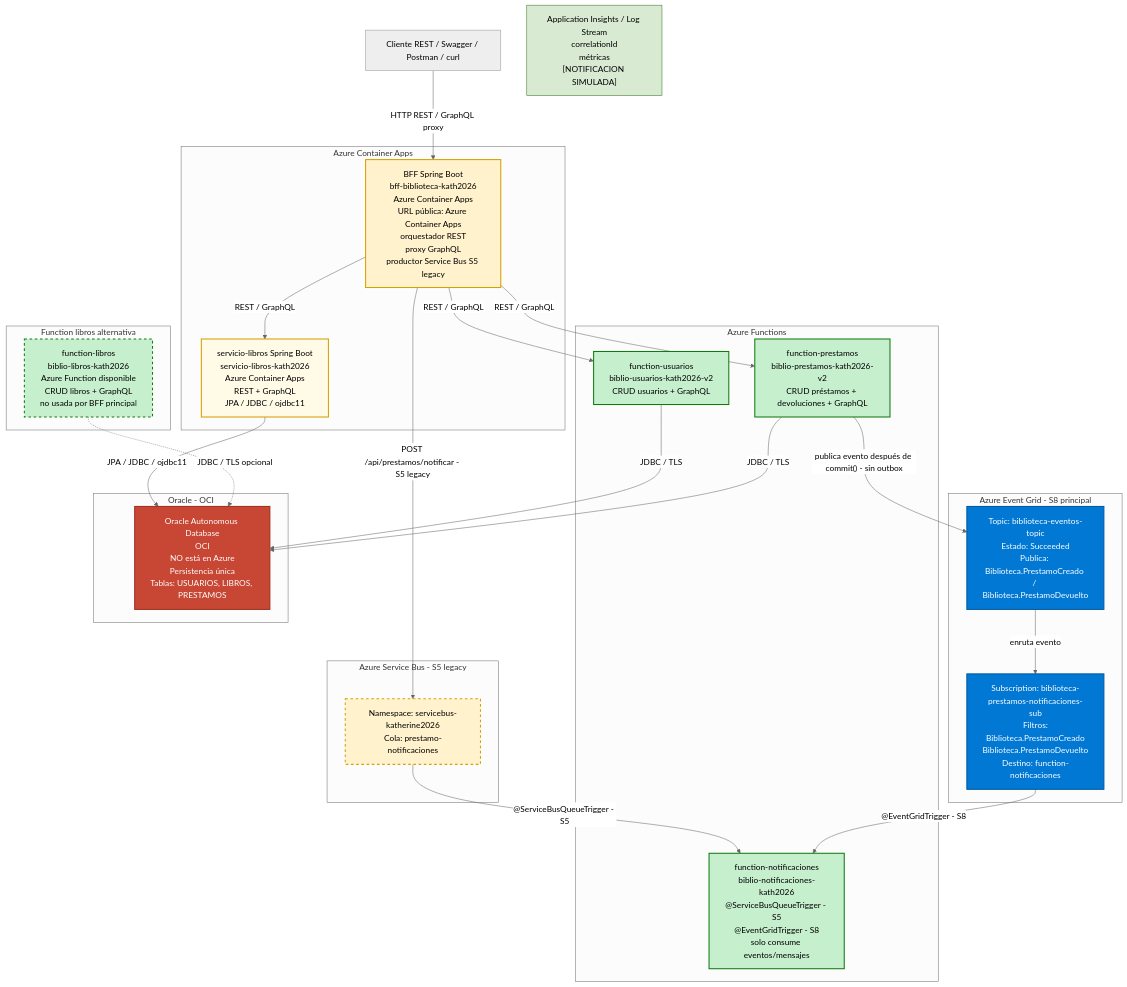
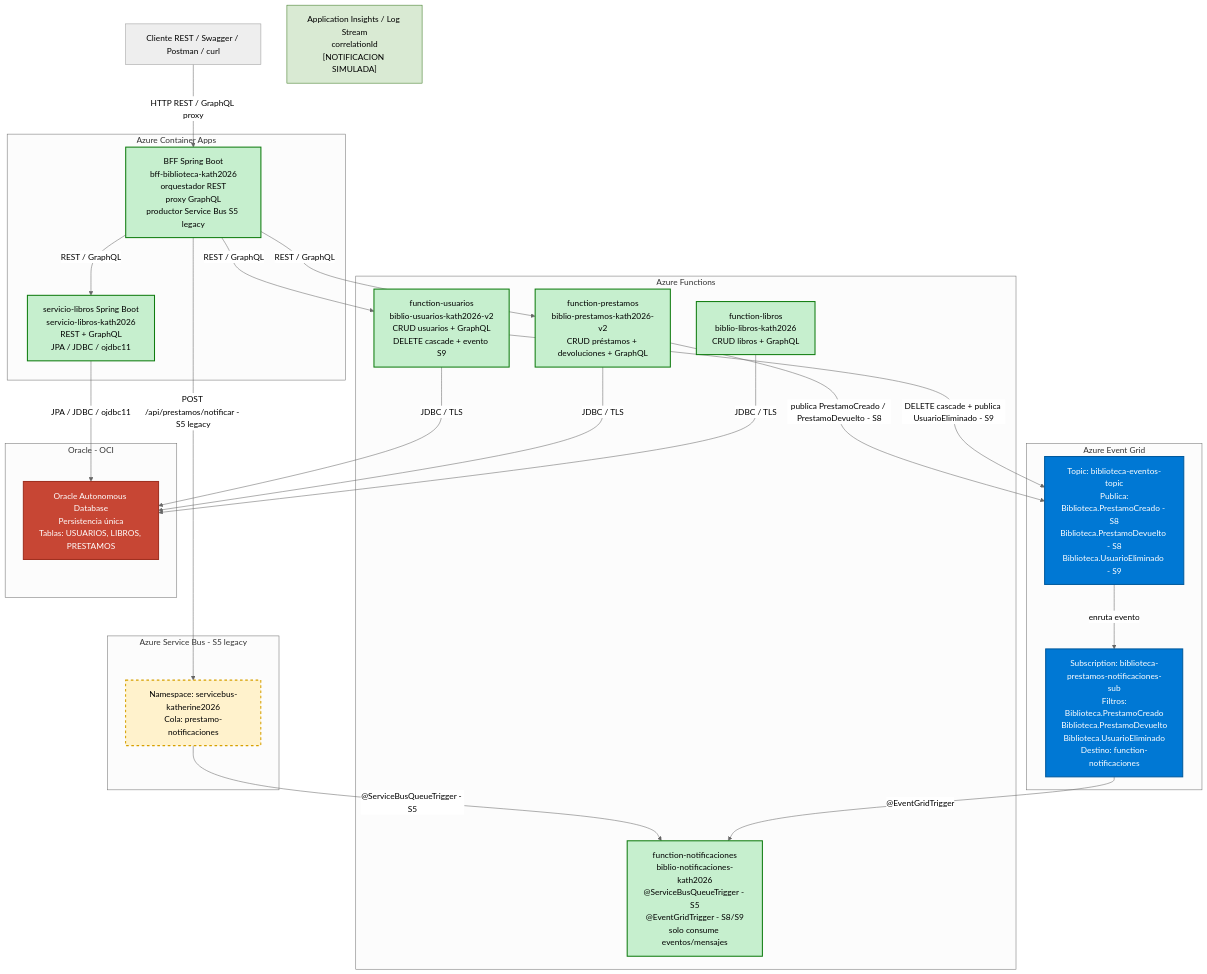
Before and after one commit to Kath-Valenzula/biblioteca-faas-administradora: the diagram in docs/diagrama/diagrama-s8.mmd, drawn with Mermaid (neutral theme). The commit also changed 8 other files, not shown here.

First line of the commit message:
feat(S9): cascade delete al eliminar usuario + evento UsuarioEliminado

```diff
--- a/docs/diagrama/diagrama-s8.mmd
+++ b/docs/diagrama/diagrama-s8.mmd
@@ -1,53 +1,50 @@
 ---
 config:
   layout: fixed
 ---
 flowchart TB
  subgraph AzureApps["Azure Container Apps"]
-        BFF["BFF Spring Boot<br>bff-biblioteca-kath2026<br>Azure Container Apps<br>URL pública: Azure Container Apps<br>orquestador REST<br>proxy GraphQL<br>productor Service Bus S5 legacy"]
-        ServicioLibros["servicio-libros Spring Boot<br>servicio-libros-kath2026<br>Azure Container Apps<br>REST + GraphQL<br>JPA / JDBC / ojdbc11"]
+        BFF["BFF Spring Boot<br>bff-biblioteca-kath2026<br>orquestador REST<br>proxy GraphQL<br>productor Service Bus S5 legacy"]
+        ServicioLibros["servicio-libros Spring Boot<br>servicio-libros-kath2026<br>REST + GraphQL<br>JPA / JDBC / ojdbc11"]
   end
  subgraph AzureFunctions["Azure Functions"]
-        Usuarios["function-usuarios<br>biblio-usuarios-kath2026-v2<br>CRUD usuarios + GraphQL"]
+        Usuarios["function-usuarios<br>biblio-usuarios-kath2026-v2<br>CRUD usuarios + GraphQL<br>DELETE cascade + evento S9"]
         Prestamos["function-prestamos<br>biblio-prestamos-kath2026-v2<br>CRUD préstamos + devoluciones + GraphQL"]
-        Notificaciones["function-notificaciones<br>biblio-notificaciones-kath2026<br>@ServiceBusQueueTrigger - S5<br>@EventGridTrigger - S8<br>solo consume eventos/mensajes"]
+        FunctionLibros["function-libros<br>biblio-libros-kath2026<br>CRUD libros + GraphQL"]
+        Notificaciones["function-notificaciones<br>biblio-notificaciones-kath2026<br>@ServiceBusQueueTrigger - S5<br>@EventGridTrigger - S8/S9<br>solo consume eventos/mensajes"]
   end
- subgraph EventGrid["Azure Event Grid - S8 principal"]
-        EventGridTopic["Topic: biblioteca-eventos-topic<br>Estado: Succeeded<br>Publica: Biblioteca.PrestamoCreado / Biblioteca.PrestamoDevuelto"]
-        EventGridSub["Subscription: biblioteca-prestamos-notificaciones-sub<br>Filtros:<br>Biblioteca.PrestamoCreado<br>Biblioteca.PrestamoDevuelto<br>Destino: function-notificaciones"]
+ subgraph EventGrid["Azure Event Grid"]
+        EventGridTopic["Topic: biblioteca-eventos-topic<br>Publica:<br>Biblioteca.PrestamoCreado - S8<br>Biblioteca.PrestamoDevuelto - S8<br>Biblioteca.UsuarioEliminado - S9"]
+        EventGridSub["Subscription: biblioteca-prestamos-notificaciones-sub<br>Filtros:<br>Biblioteca.PrestamoCreado<br>Biblioteca.PrestamoDevuelto<br>Biblioteca.UsuarioEliminado<br>Destino: function-notificaciones"]
   end
  subgraph ServiceBusBox["Azure Service Bus - S5 legacy"]
         ServiceBus["Namespace: servicebus-katherine2026<br>Cola: prestamo-notificaciones"]
   end
  subgraph OCI["Oracle - OCI"]
-        Oracle["Oracle Autonomous Database<br>OCI<br>NO está en Azure<br>Persistencia única<br>Tablas: USUARIOS, LIBROS, PRESTAMOS"]
-  end
- subgraph LibrosAlt["Function libros alternativa"]
-        FunctionLibros["function-libros<br>biblio-libros-kath2026<br>Azure Function disponible<br>CRUD libros + GraphQL<br>no usada por BFF principal"]
+        Oracle["Oracle Autonomous Database<br>Persistencia única<br>Tablas: USUARIOS, LIBROS, PRESTAMOS"]
   end
     Cliente["Cliente REST / Swagger / Postman / curl"] -- HTTP REST / GraphQL proxy --> BFF
-    BFF -- REST / GraphQL --> Usuarios
-    BFF -- REST / GraphQL --> Prestamos
-    BFF -- REST / GraphQL --> ServicioLibros
+    BFF -- REST / GraphQL --> Usuarios & Prestamos & ServicioLibros
     BFF -- "POST /api/prestamos/notificar - S5 legacy" --> ServiceBus
     ServiceBus -- "@ServiceBusQueueTrigger - S5" --> Notificaciones
-    Prestamos -- "publica evento después de commit() - sin outbox" --> EventGridTopic
+    Prestamos -- "publica PrestamoCreado / PrestamoDevuelto - S8" --> EventGridTopic
+    Usuarios -- "DELETE cascade + publica UsuarioEliminado - S9" --> EventGridTopic
     EventGridTopic -- enruta evento --> EventGridSub
-    EventGridSub -- "@EventGridTrigger - S8" --> Notificaciones
+    EventGridSub -- "@EventGridTrigger" --> Notificaciones
     Usuarios -- JDBC / TLS --> Oracle
     Prestamos -- JDBC / TLS --> Oracle
     ServicioLibros -- JPA / JDBC / ojdbc11 --> Oracle
-    FunctionLibros -. JDBC / TLS opcional .-> Oracle
-    Observabilidad["Application Insights / Log Stream<br>correlationId<br>métricas<br>[NOTIFICACION SIMULADA]"]
+    FunctionLibros -- JDBC / TLS --> Oracle
+    Observabilidad["Application Insights / Log Stream<br>correlationId<br>[NOTIFICACION SIMULADA]"]
 
-    style BFF fill:#fff2cc,stroke:#d6a000,stroke-width:2px
-    style ServicioLibros fill:#fffbe6,stroke:#d6a000,stroke-width:2px
+    style BFF fill:#c6efce,stroke:#107c10,stroke-width:2px
+    style ServicioLibros fill:#c6efce,stroke:#107c10,stroke-width:2px
     style Usuarios fill:#c6efce,stroke:#107c10,stroke-width:2px
     style Prestamos fill:#c6efce,stroke:#107c10,stroke-width:2px
+    style FunctionLibros fill:#c6efce,stroke:#107c10,stroke-width:2px
     style Notificaciones fill:#c6efce,stroke:#107c10,stroke-width:2px
     style EventGridTopic fill:#0078d4,color:#fff,stroke:#005a9e,stroke-width:2px
     style EventGridSub fill:#0078d4,color:#fff,stroke:#005a9e,stroke-width:2px
     style ServiceBus fill:#fff2cc,stroke:#d6a000,stroke-width:2px,stroke-dasharray:5 5
     style Oracle fill:#c74634,color:#fff,stroke:#a03020,stroke-width:2px
-    style FunctionLibros fill:#c6efce,stroke:#107c10,stroke-width:2px,stroke-dasharray:5 5
     style Observabilidad fill:#d9ead3,stroke:#38761d
```
